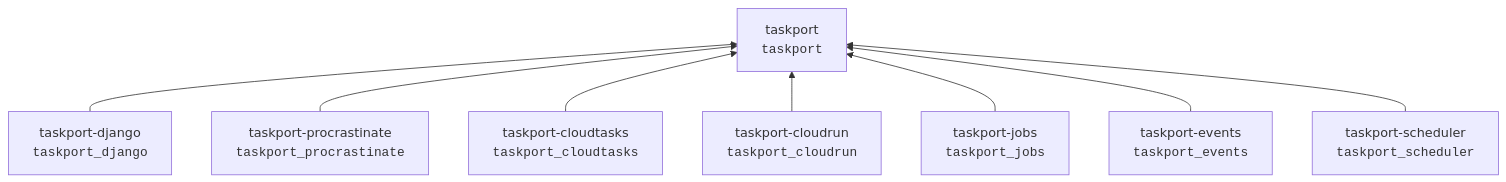
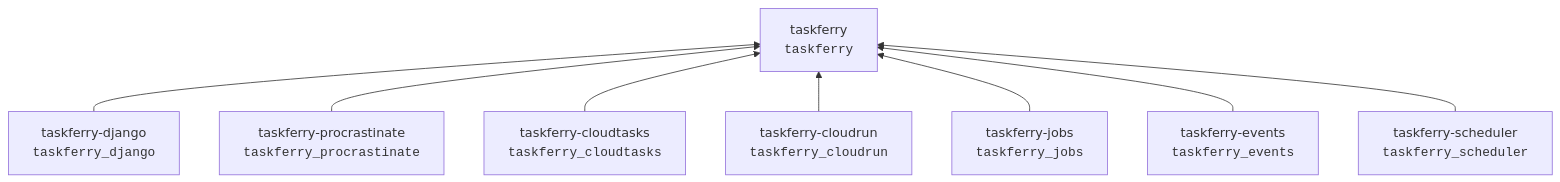
The diagram in docs/adr/0013-packaging-strategy.md (xiidigital/taskferry), drawn with Mermaid before and after one commit. The commit also changed other lines of this file and 424 other files, not shown here.

First line of the commit message:
refactor: rebrand taskport to taskferry across all distributions

````diff
--- a/docs/adr/0013-packaging-strategy.md
+++ b/docs/adr/0013-packaging-strategy.md
@@ -22,19 +22,19 @@
 ```mermaid
 flowchart BT
-    TPD["taskport-django<br/><code>taskport_django</code>"]
-    TPP["taskport-procrastinate<br/><code>taskport_procrastinate</code>"]
-    TPC["taskport-cloudtasks<br/><code>taskport_cloudtasks</code>"]
-    TPR["taskport-cloudrun<br/><code>taskport_cloudrun</code>"]
-    TPJ["taskport-jobs<br/><code>taskport_jobs</code>"]
-    TPE["taskport-events<br/><code>taskport_events</code>"]
-    TPS["taskport-scheduler<br/><code>taskport_scheduler</code>"]
-    TP["taskport<br/><code>taskport</code>"]
+    TPD["taskferry-django<br/><code>taskferry_django</code>"]
+    TPP["taskferry-procrastinate<br/><code>taskferry_procrastinate</code>"]
+    TPC["taskferry-cloudtasks<br/><code>taskferry_cloudtasks</code>"]
+    TPR["taskferry-cloudrun<br/><code>taskferry_cloudrun</code>"]
+    TPJ["taskferry-jobs<br/><code>taskferry_jobs</code>"]
+    TPE["taskferry-events<br/><code>taskferry_events</code>"]
+    TPS["taskferry-scheduler<br/><code>taskferry_scheduler</code>"]
+    TP["taskferry<br/><code>taskferry</code>"]
 
     TPD --> TP
     TPP --> TP
     TPC --> TP
     TPR --> TP
     TPJ --> TP
     TPE --> TP
     TPS --> TP
 ```
````
